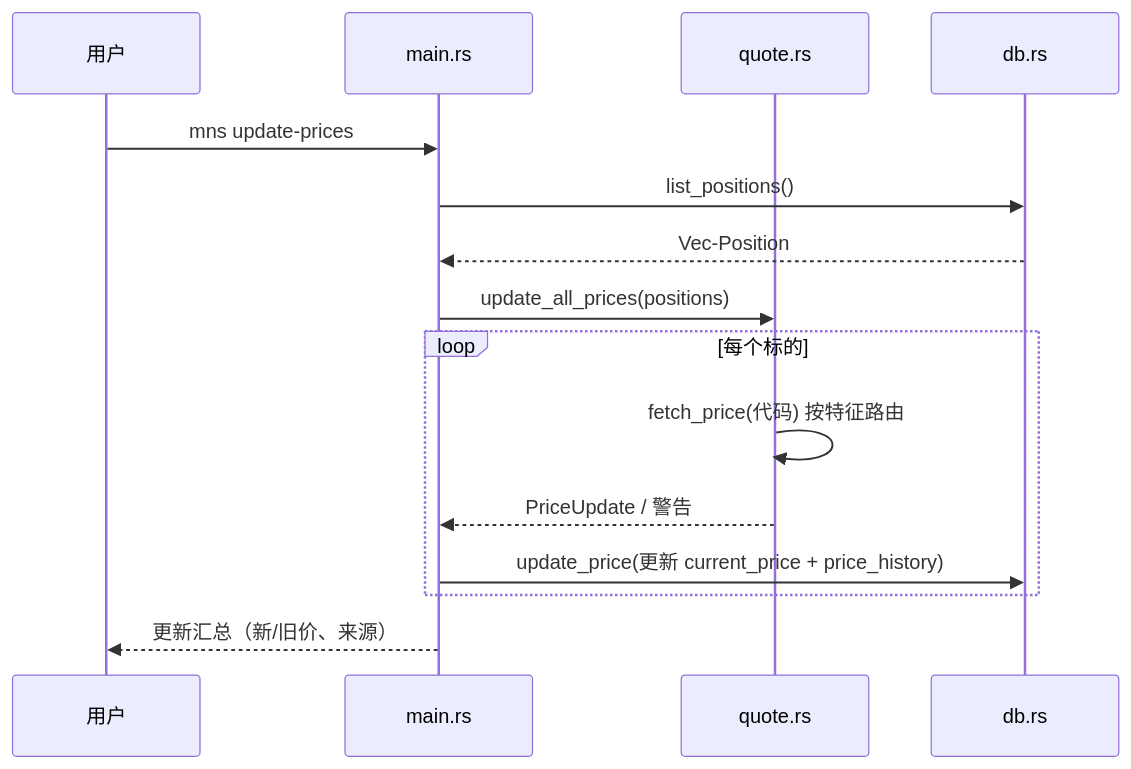
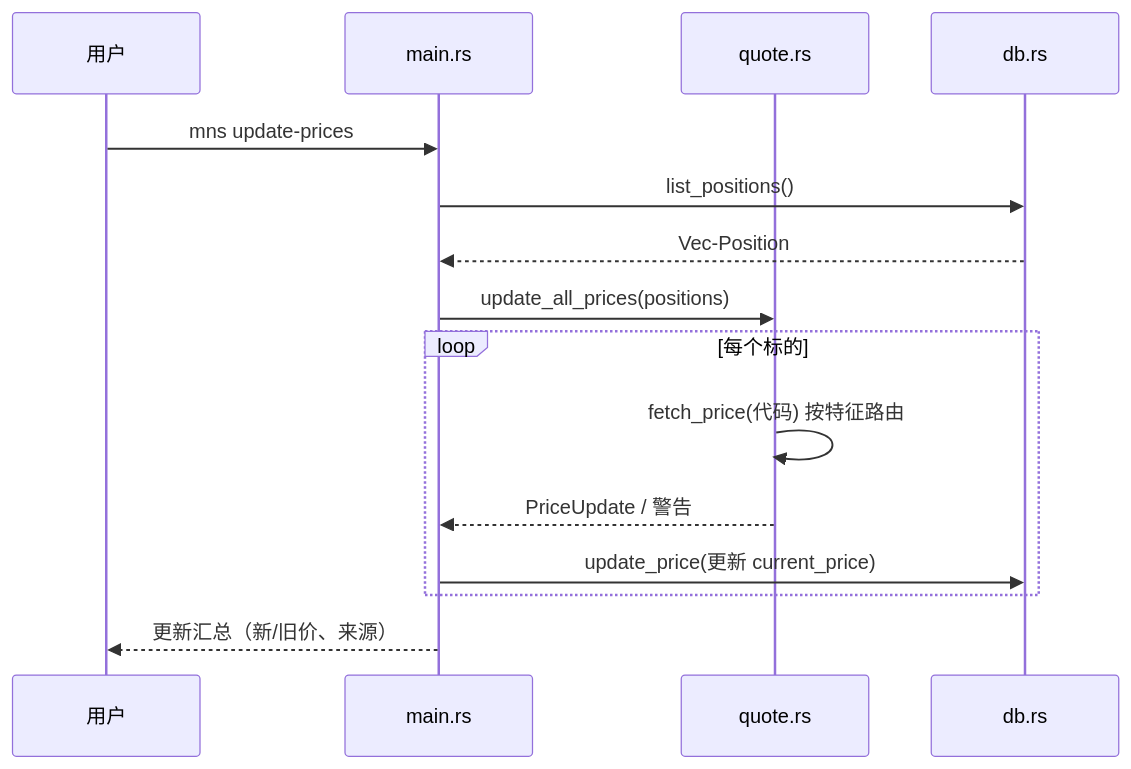
One commit to sopaco/money-never-sleep changed the fifth of 9 diagrams in .terrain/human/3.工作流.md. Above: the diagram before and after it, drawn with Mermaid. The commit also changed other lines of this file and 27 other files, not shown here.

````diff
--- a/.terrain/human/3.工作流.md
+++ b/.terrain/human/3.工作流.md
@@ -116,18 +116,18 @@
 ```mermaid
 sequenceDiagram
     participant U as 用户
     participant M as main.rs
     participant Q as quote.rs
     participant D as db.rs
 
     U->>M: mns update-prices
     M->>D: list_positions()
     D-->>M: Vec-Position
     M->>Q: update_all_prices(positions)
     loop 每个标的
         Q->>Q: fetch_price(代码) 按特征路由
         Q-->>M: PriceUpdate / 警告
-        M->>D: update_price(更新 current_price + price_history)
+        M->>D: update_price(更新 current_price)
     end
     M-->>U: 更新汇总（新/旧价、来源）
 ```
````
